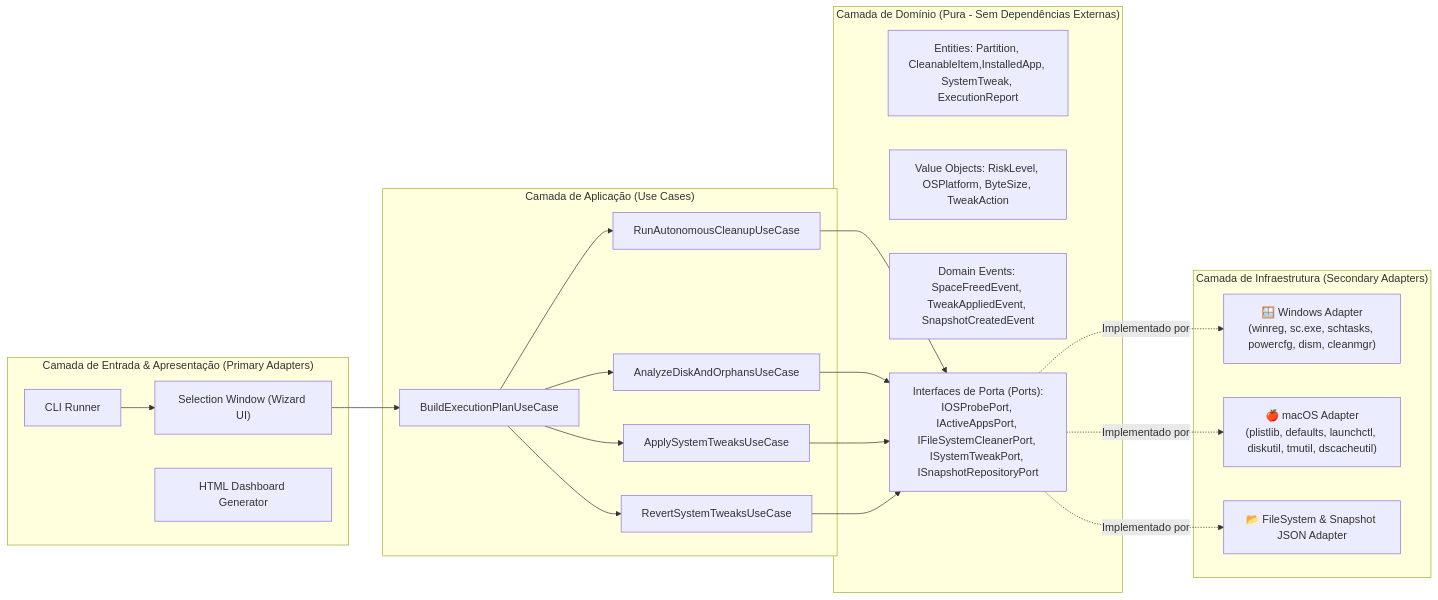
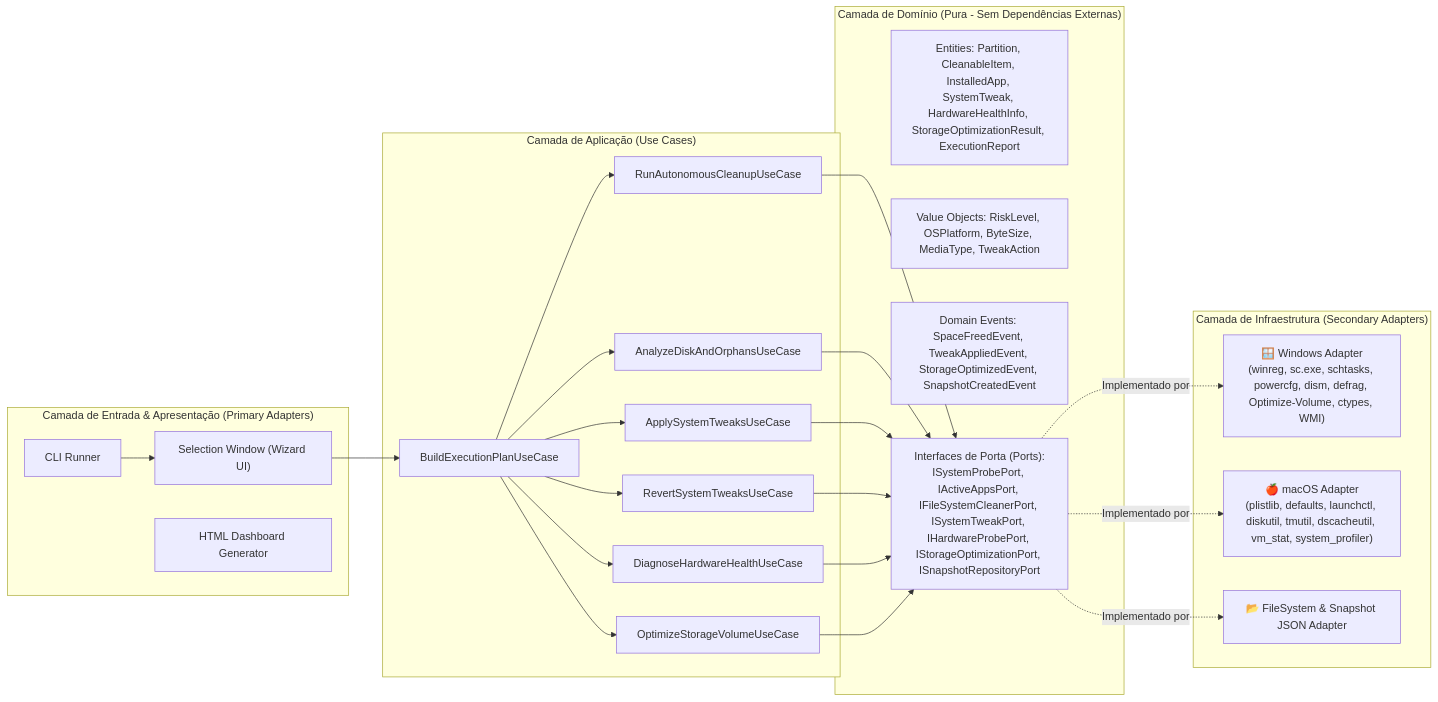
Before and after one commit to abdielcordeiro/limpeza-desktop: the fourth of 5 diagrams in docs/architecture/01-SYSTEM-DESIGN-C4.md, drawn with Mermaid. The commit also changed other lines of this file and 3 other files, not shown here.

Commit message:
docs: add RF-13, RF-14 and ADR-008 for hardware health and disk optimization with NVMe guardrails

````diff
--- a/docs/architecture/01-SYSTEM-DESIGN-C4.md
+++ b/docs/architecture/01-SYSTEM-DESIGN-C4.md
@@ -95,45 +97,51 @@
 ```mermaid
 flowchart LR
     subgraph Presentation["Camada de Entrada & Apresentação (Primary Adapters)"]
         EntryCLI["CLI Runner"]
         ConfigWindow["Selection Window (Wizard UI)"]
         HTMLGen["HTML Dashboard Generator"]
     end
 
     subgraph Application["Camada de Aplicação (Use Cases)"]
         UC_Plan["BuildExecutionPlanUseCase"]
         UC_Clean["RunAutonomousCleanupUseCase"]
         UC_Scan["AnalyzeDiskAndOrphansUseCase"]
         UC_Opt["ApplySystemTweaksUseCase"]
         UC_Undo["RevertSystemTweaksUseCase"]
+        UC_Hw["DiagnoseHardwareHealthUseCase"]
+        UC_DskOpt["OptimizeStorageVolumeUseCase"]
     end
 
     subgraph Domain["Camada de Domínio (Pura - Sem Dependências Externas)"]
-        Entities["Entities: Partition, CleanableItem,InstalledApp, SystemTweak, ExecutionReport"]
-        ValueObjects["Value Objects: RiskLevel, OSPlatform, ByteSize, TweakAction"]
-        DomainEvents["Domain Events: SpaceFreedEvent, TweakAppliedEvent, SnapshotCreatedEvent"]
-        Ports["Interfaces de Porta (Ports):<br/>IOSProbePort, IActiveAppsPort, IFileSystemCleanerPort, ISystemTweakPort, ISnapshotRepositoryPort"]
+        Entities["Entities: Partition, CleanableItem, InstalledApp, SystemTweak, HardwareHealthInfo, StorageOptimizationResult, ExecutionReport"]
+        ValueObjects["Value Objects: RiskLevel, OSPlatform, ByteSize, MediaType, TweakAction"]
+        DomainEvents["Domain Events: SpaceFreedEvent, TweakAppliedEvent, StorageOptimizedEvent, SnapshotCreatedEvent"]
+        Ports["Interfaces de Porta (Ports):<br/>ISystemProbePort, IActiveAppsPort, IFileSystemCleanerPort, ISystemTweakPort, IHardwareProbePort, IStorageOptimizationPort, ISnapshotRepositoryPort"]
     end
 
     subgraph Infrastructure["Camada de Infraestrutura (Secondary Adapters)"]
-        WinAdapter["🪟 Windows Adapter<br/>(winreg, sc.exe, schtasks, powercfg, dism, cleanmgr)"]
-        MacAdapter["🍎 macOS Adapter<br/>(plistlib, defaults, launchctl, diskutil, tmutil, dscacheutil)"]
+        WinAdapter["🪟 Windows Adapter<br/>(winreg, sc.exe, schtasks, powercfg, dism, defrag, Optimize-Volume, ctypes, WMI)"]
+        MacAdapter["🍎 macOS Adapter<br/>(plistlib, defaults, launchctl, diskutil, tmutil, dscacheutil, vm_stat, system_profiler)"]
         LocalFSAdapter["📂 FileSystem & Snapshot JSON Adapter"]
     end
 
     EntryCLI --> ConfigWindow
     ConfigWindow --> UC_Plan
     UC_Plan --> UC_Clean
     UC_Plan --> UC_Scan
     UC_Plan --> UC_Opt
     UC_Plan --> UC_Undo
+    UC_Plan --> UC_Hw
+    UC_Plan --> UC_DskOpt
 
     UC_Clean --> Ports
     UC_Scan --> Ports
     UC_Opt --> Ports
     UC_Undo --> Ports
+    UC_Hw --> Ports
+    UC_DskOpt --> Ports
 
     Ports -.->|"Implementado por"| WinAdapter
     Ports -.->|"Implementado por"| MacAdapter
     Ports -.->|"Implementado por"| LocalFSAdapter
 ```
````
